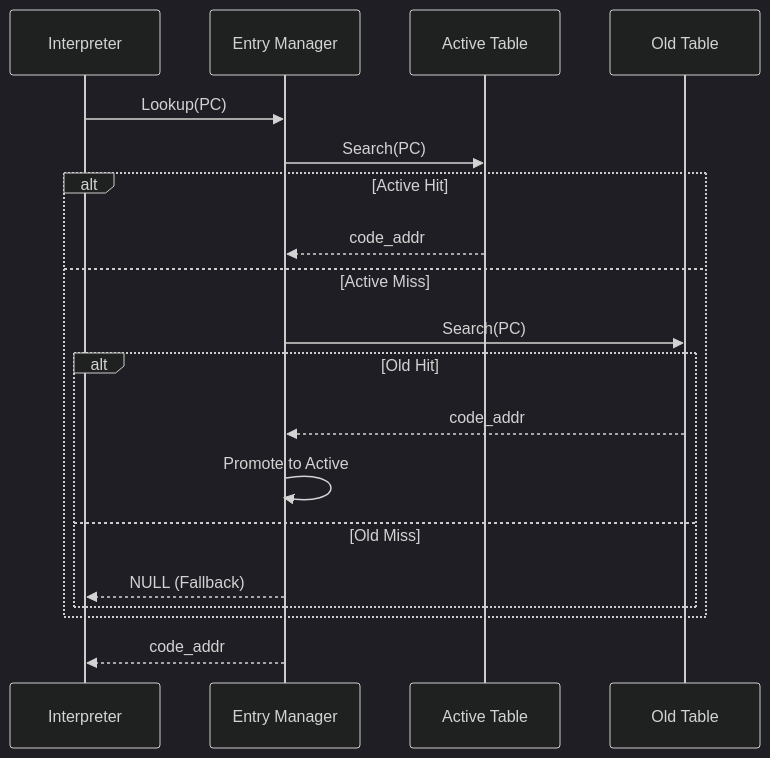
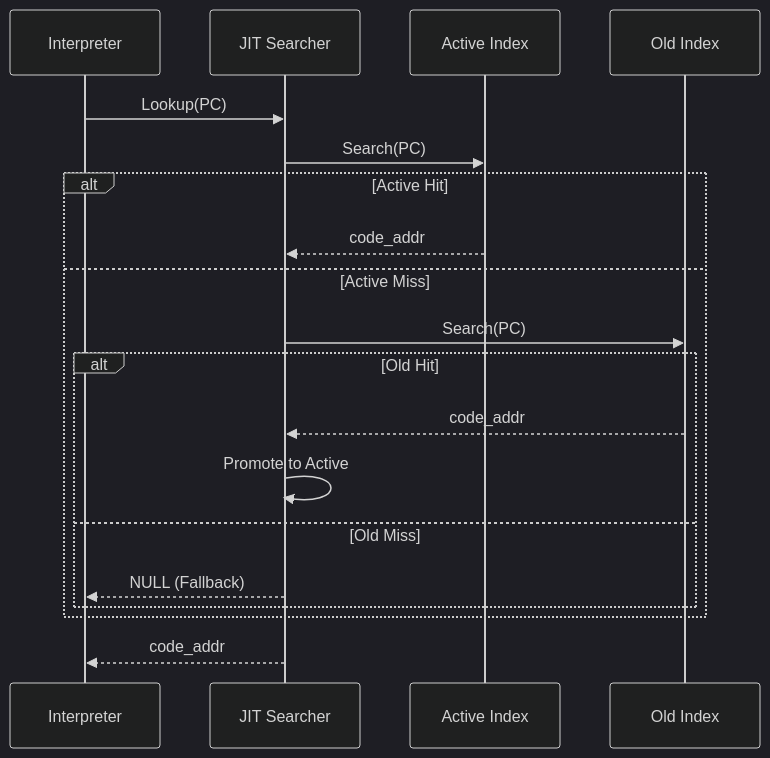
One commit to kmt-t/fireball changed the second of 2 diagrams in docs/orders/components/jit_entry_index.md. Above: the diagram before and after it, drawn with Mermaid (dark theme). The commit also changed other lines of this file and 2 other files, not shown here.

Commit message:
refine jit compiler specs.

````diff
--- a/docs/orders/components/jit_entry_index.md
+++ b/docs/orders/components/jit_entry_index.md
@@ -54,22 +57,22 @@
 ```mermaid
 sequenceDiagram
     participant I as Interpreter
-    participant M as Entry Manager
-    participant A as Active Table
-    participant O as Old Table
+    participant M as JIT Searcher
+    participant A as Active Index
+    participant O as Old Index
 
     I->>M: Lookup(PC)
     M->>A: Search(PC)
     alt Active Hit
         A-->>M: code_addr
     else Active Miss
         M->>O: Search(PC)
         alt Old Hit
             O-->>M: code_addr
             M->>M: Promote to Active
         else Old Miss
             M-->>I: NULL (Fallback)
         end
     end
     M-->>I: code_addr
 ```
````
